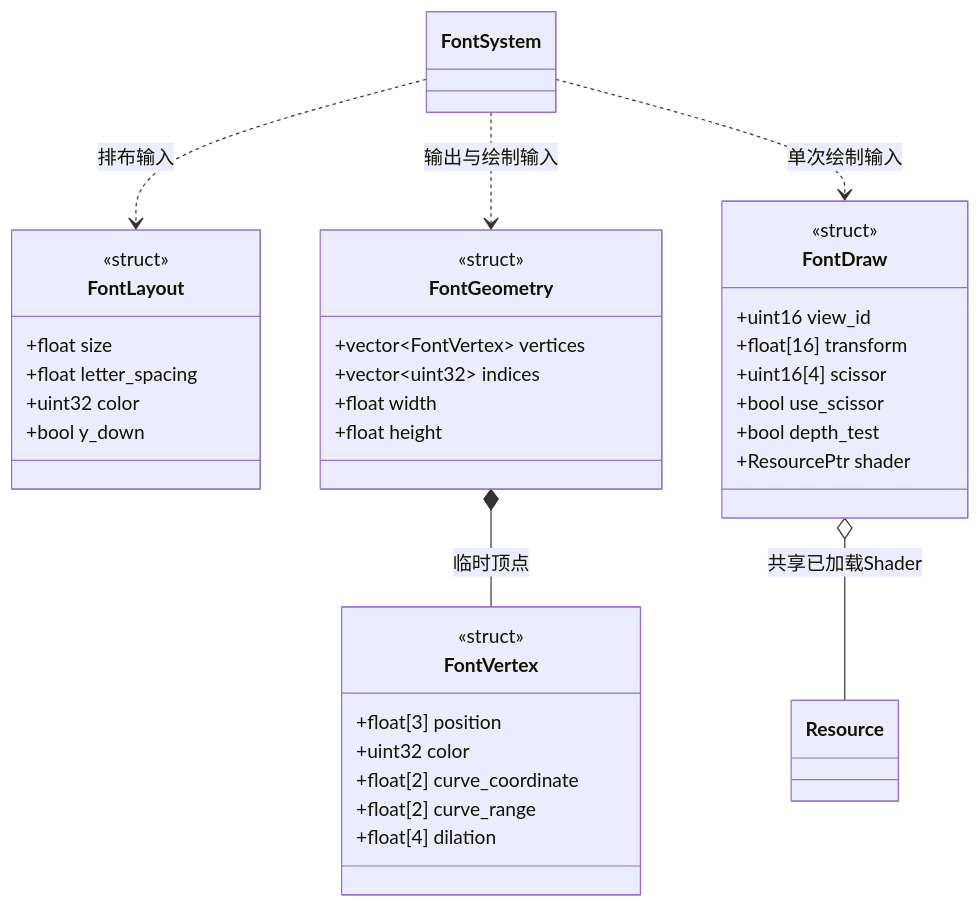
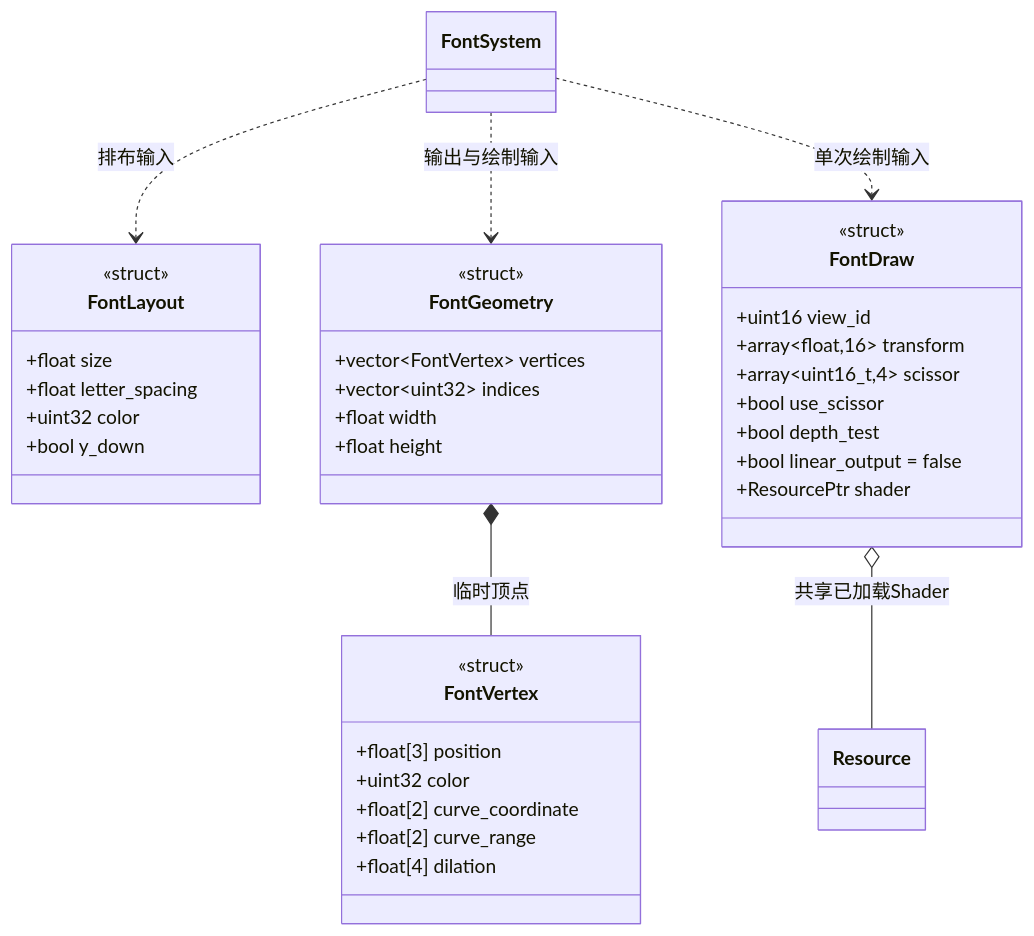
One commit to lcals/Engine changed the second of 2 diagrams in docs/runtime/class-diagrams/font-system.md. Above: the diagram before and after it, drawn with Mermaid. The commit also changed other lines of this file and 222 other files, not shown here.

Commit message:
Consolidate editor asset imports and align architecture documentation

````diff
--- a/docs/runtime/class-diagrams/font-system.md
+++ b/docs/runtime/class-diagrams/font-system.md
@@ -60,39 +76,40 @@
 ```mermaid
 classDiagram
     class FontLayout {
         <<struct>>
         +float size
         +float letter_spacing
         +uint32 color
         +bool y_down
     }
     class FontVertex {
         <<struct>>
         +float[3] position
         +uint32 color
         +float[2] curve_coordinate
         +float[2] curve_range
         +float[4] dilation
     }
     class FontGeometry {
         <<struct>>
         +vector~FontVertex~ vertices
         +vector~uint32~ indices
         +float width
         +float height
     }
     class FontDraw {
         <<struct>>
         +uint16 view_id
-        +float[16] transform
-        +uint16[4] scissor
+        +array~float,16~ transform
+        +array~uint16_t,4~ scissor
         +bool use_scissor
         +bool depth_test
+        +bool linear_output = false
         +ResourcePtr shader
     }
     FontGeometry *-- FontVertex : 临时顶点
     FontSystem ..> FontLayout : 排布输入
     FontSystem ..> FontGeometry : 输出与绘制输入
     FontSystem ..> FontDraw : 单次绘制输入
     FontDraw o-- Resource : 共享已加载Shader
 ```
````
